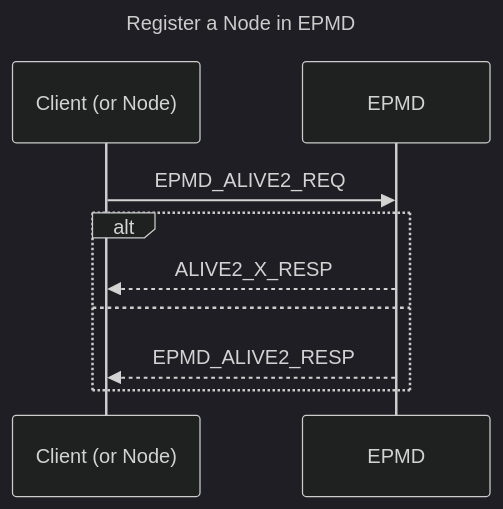
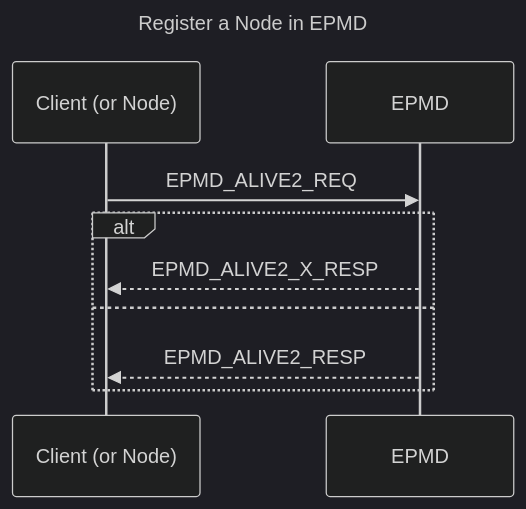
Before and after one commit to erlang/otp: the second of 8 diagrams in erts/doc/guides/erl_dist_protocol.md, drawn with Mermaid (dark theme). The commit also changed other lines of this file, not shown here.

Commit message:
epmd: rename ALIVE2_X_RESP to EPMD_ALIVE2_X_RESP for consistency

````diff
--- a/erts/doc/guides/erl_dist_protocol.md
+++ b/erts/doc/guides/erl_dist_protocol.md
@@ -129,15 +129,15 @@
 ```mermaid
 ---
 title: Register a Node in EPMD
 ---
 sequenceDiagram
     participant client as Client (or Node)
     participant EPMD
 
     client ->> EPMD: EPMD_ALIVE2_REQ
     alt
-        EPMD -->> client: ALIVE2_X_RESP
+        EPMD -->> client: EPMD_ALIVE2_X_RESP
     else
         EPMD -->> client: EPMD_ALIVE2_RESP
     end
 ```
````
